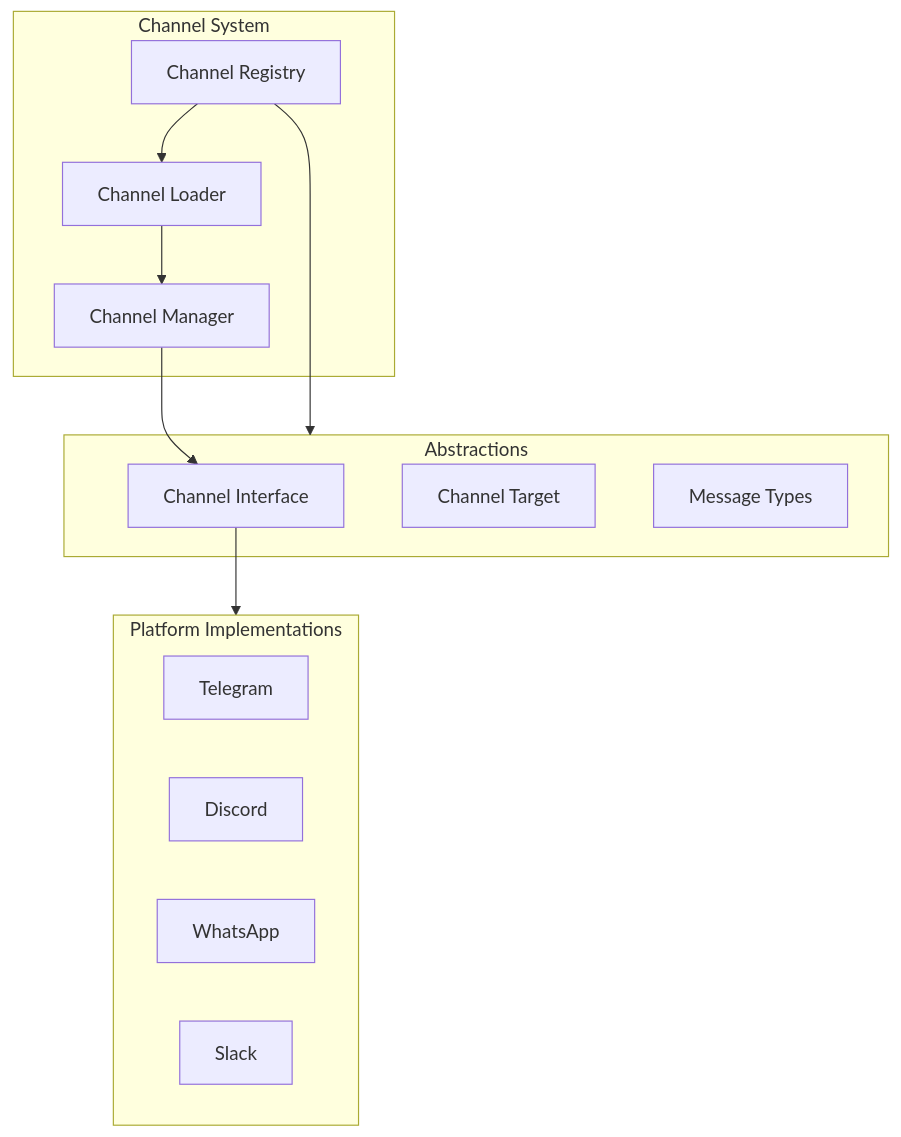
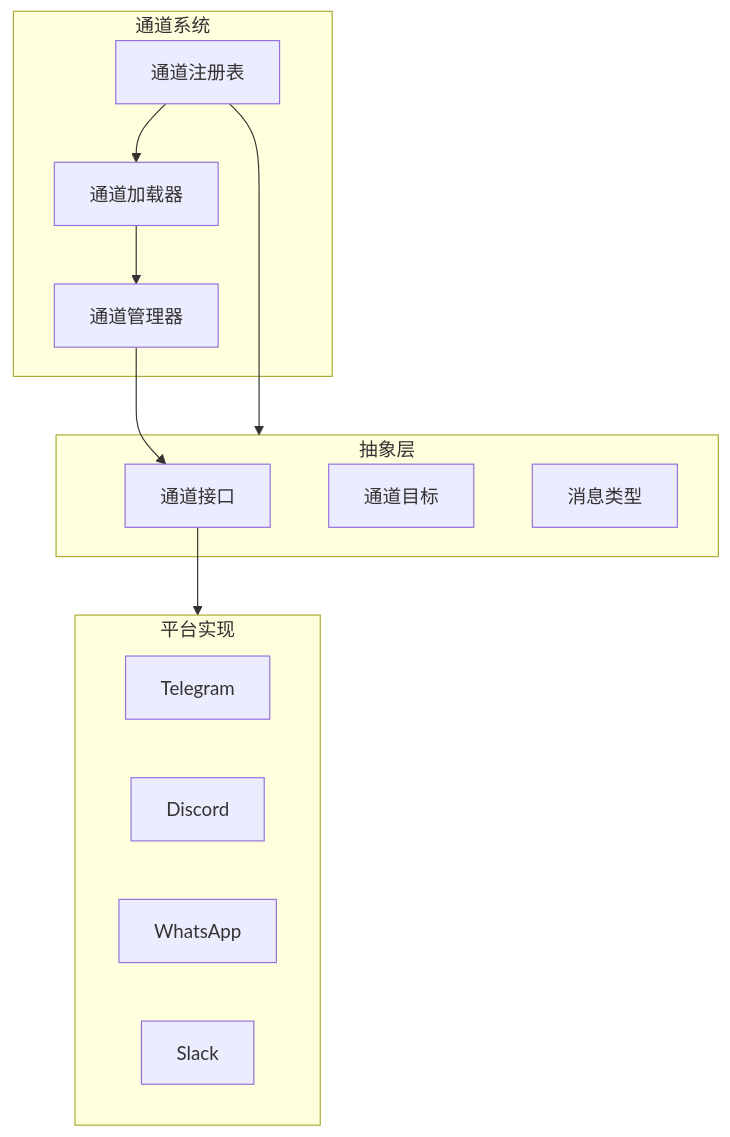
The first of 4 diagrams in docs/zh/architecture-book/part-5-channels/01-channel-architecture.md (a576378368/openclaw_docs), drawn with Mermaid before and after one commit. The commit also changed other lines of this file and 13 other files, not shown here.

````diff
--- a/docs/zh/architecture-book/part-5-channels/01-channel-architecture.md
+++ b/docs/zh/architecture-book/part-5-channels/01-channel-architecture.md
@@ -15,28 +15,28 @@
 ```mermaid
 flowchart TB
-    subgraph Channels["Channel System"]
-        Registry[Channel Registry]
-        Loader[Channel Loader]
-        Manager[Channel Manager]
+    subgraph Channels["通道系统"]
+        Registry[通道注册表]
+        Loader[通道加载器]
+        Manager[通道管理器]
     end
 
-    subgraph Abstractions["Abstractions"]
-        Interface[Channel Interface]
-        Target[Channel Target]
-        Message[Message Types]
+    subgraph Abstractions["抽象层"]
+        Interface[通道接口]
+        Target[通道目标]
+        Message[消息类型]
     end
 
-    subgraph Implementations["Platform Implementations"]
+    subgraph Implementations["平台实现"]
         Telegram[Telegram]
         Discord[Discord]
         WhatsApp[WhatsApp]
         Slack[Slack]
     end
 
     Registry --> Loader
     Loader --> Manager
     Manager --> Interface
     Interface --> Implementations
 
     Registry --> Abstractions
 ```
````
